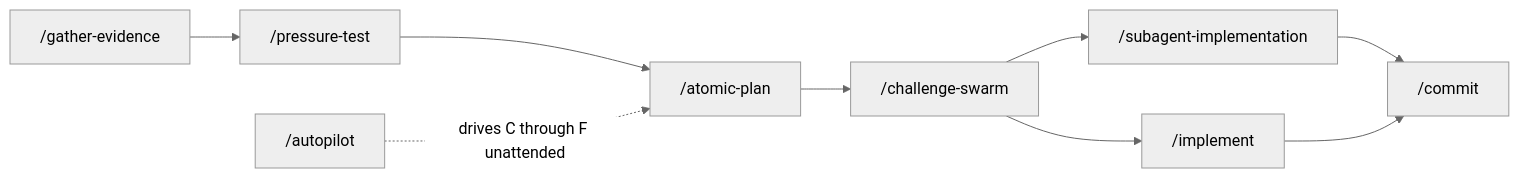
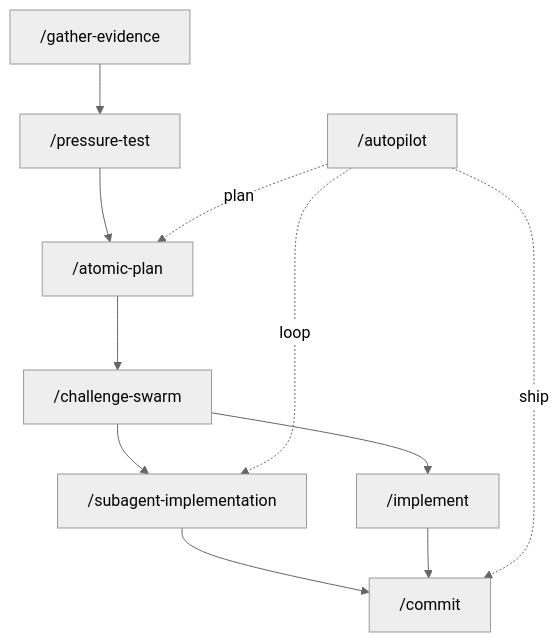
One commit to damusix/atomic-claude changed the first of 13 diagrams in docs/wiki/workflow.md. Above: the diagram before and after it, drawn with Mermaid (neutral theme). The commit also changed other lines of this file and 19 other files, not shown here.

````diff
--- a/docs/wiki/workflow.md
+++ b/docs/wiki/workflow.md
@@ -23,11 +23,13 @@
 ```mermaid
-flowchart LR
+flowchart TD
     A["/gather-evidence"] --> B["/pressure-test"]
     B --> C["/atomic-plan"]
     C --> D["/challenge-swarm"]
     D --> E["/subagent-implementation"]
     D --> H["/implement"]
     E --> F["/commit"]
     H --> F
-    G["/autopilot"] -. drives C through F unattended .-> C
+    G["/autopilot"] -.->|plan| C
+    G -.->|loop| E
+    G -.->|ship| F
 ```
````
